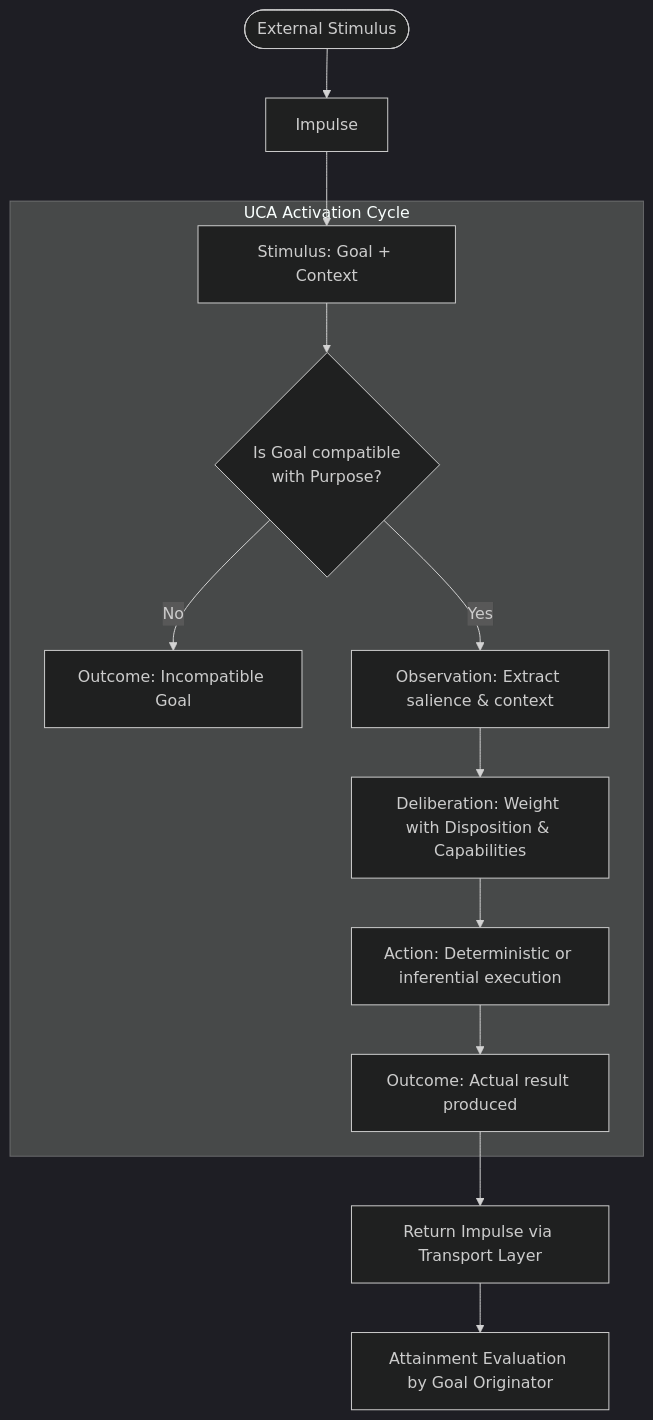
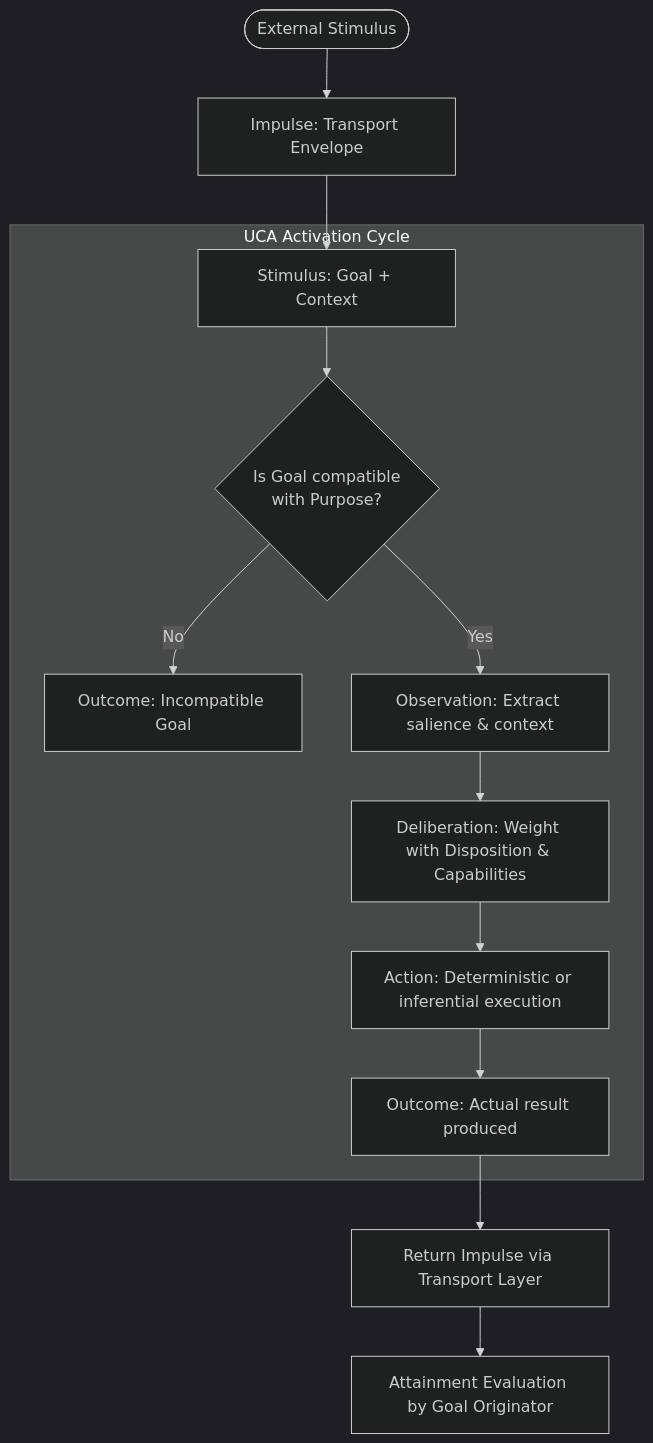
The diagram in README.md (christian-marino-alvarez/uca-specification), drawn with Mermaid (dark theme) before and after one commit. The commit also changed other lines of this file and 3 other files, not shown here.

Commit message:
feat(spec): consolidate UCA core, separate 3 architectural tiers, and synchronize docs

````diff
--- a/README.md
+++ b/README.md
@@ -46,17 +68,17 @@
 ```mermaid
 flowchart TD
-    EXT([External Stimulus]) --> IMP[Impulse]
+    EXT([External Stimulus]) --> IMP[Impulse: Transport Envelope]
     IMP --> STIM[Stimulus: Goal + Context]
     
     subgraph UCA [UCA Activation Cycle]
         STIM --> VAL{Is Goal compatible<br/>with Purpose?}
         VAL -- No --> REJ[Outcome: Incompatible Goal]
         VAL -- Yes --> OBS[Observation: Extract salience & context]
         OBS --> DEC[Deliberation: Weight with Disposition & Capabilities]
         DEC --> ACT[Action: Deterministic or inferential execution]
         ACT --> OUT[Outcome: Actual result produced]
     end
     
     OUT --> RET[Return Impulse via Transport Layer]
     RET --> ATT[Attainment Evaluation by Goal Originator]
 ```
````
